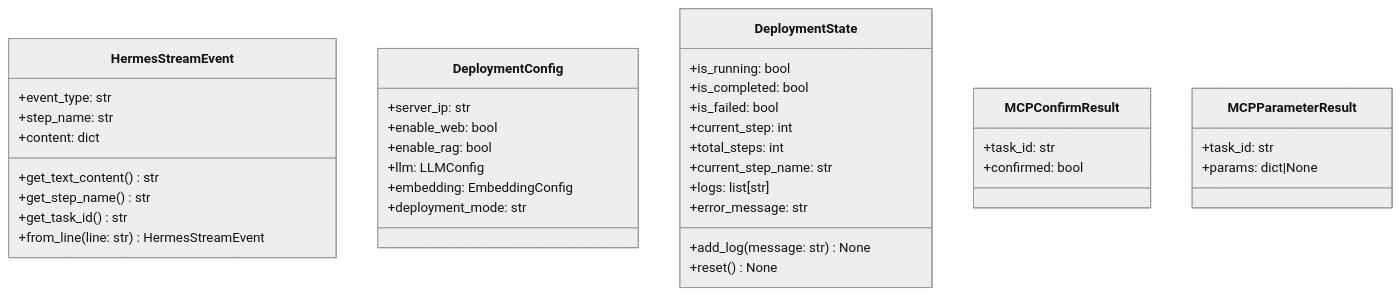
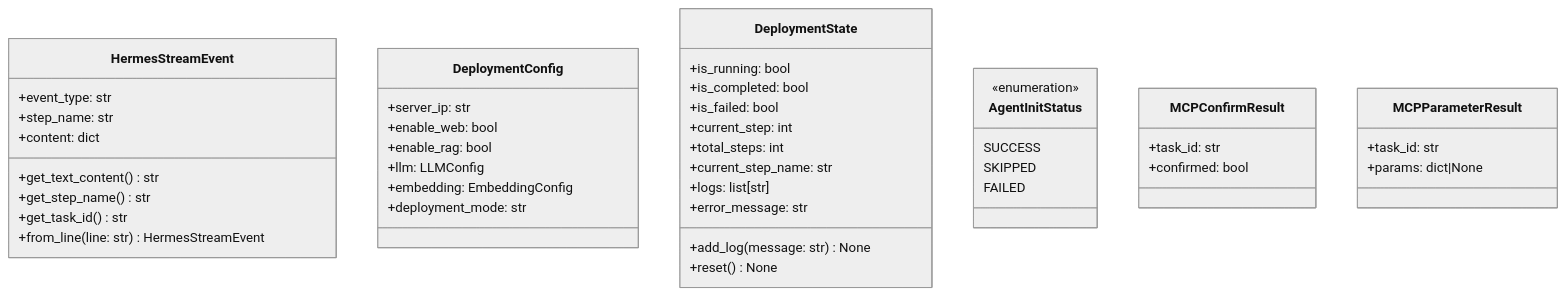
The tenth of 10 diagrams in docs/development/项目整体设计.md (HongyuS/euler-copilot-shell), drawn with Mermaid (neutral theme) before and after one commit. The commit also changed other lines of this file and 3 other files, not shown here.

````diff
--- a/docs/development/项目整体设计.md
+++ b/docs/development/项目整体设计.md
@@ -386,44 +393,51 @@
 ```mermaid
 classDiagram
     class HermesStreamEvent {
         +event_type: str
         +step_name: str
         +content: dict
         +get_text_content() str
         +get_step_name() str
         +get_task_id() str
         +from_line(line: str) HermesStreamEvent
     }
     
     class DeploymentConfig {
         +server_ip: str
         +enable_web: bool
         +enable_rag: bool
         +llm: LLMConfig
         +embedding: EmbeddingConfig
         +deployment_mode: str
     }
     
     class DeploymentState {
         +is_running: bool
         +is_completed: bool
         +is_failed: bool
         +current_step: int
         +total_steps: int
         +current_step_name: str
         +logs: list[str]
         +error_message: str
         +add_log(message: str) None
         +reset() None
     }
     
+    class AgentInitStatus {
+        <<enumeration>>
+        SUCCESS
+        SKIPPED
+        FAILED
+    }
+    
     class MCPConfirmResult {
         +task_id: str
         +confirmed: bool
     }
     
     class MCPParameterResult {
         +task_id: str
         +params: dict|None
     }
 ```
````
